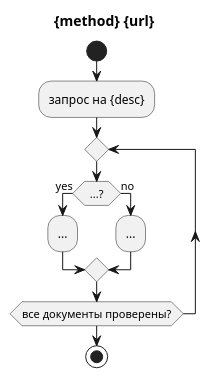
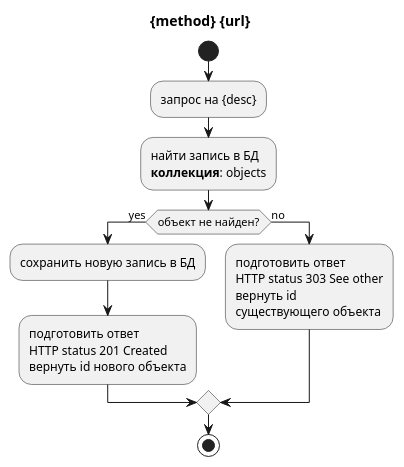
Before and after one commit to katerina-glushko/requirements-templates: the diagram in templates/specs/service/src/docs/asciidoc/diagrams/some-api-activity.puml, drawn with PlantUML. The commit also changed 14 other files, not shown here.

```diff
--- a/templates/specs/service/src/docs/asciidoc/diagrams/some-api-activity.puml
+++ b/templates/specs/service/src/docs/asciidoc/diagrams/some-api-activity.puml
@@ -1,15 +1,15 @@
 @startuml
 
 title {method} {url}
 start
 :запрос на {desc};
-repeat
-    if (...?) then (yes)
-        :...;
+    :найти запись в БД\n**коллекция**: objects;
+    if (объект не найден?) then (yes)
+        :сохранить новую запись в БД;
+        :подготовить ответ\nHTTP status 201 Created\nвернуть id нового объекта;
     else (no)
-        :...;
+        :подготовить ответ\nHTTP status 303 See other\nвернуть id\nсуществующего объекта;
     endif
-repeat while (все документы проверены?)
 stop
 
 @enduml
```
